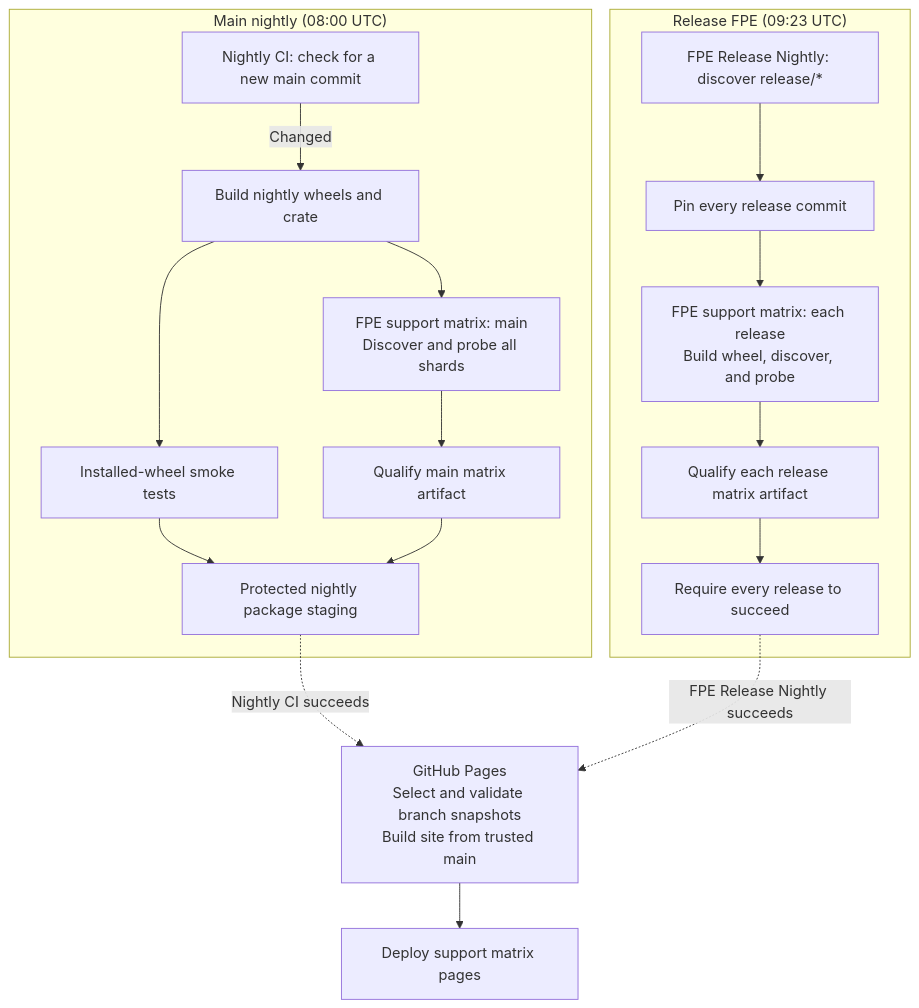
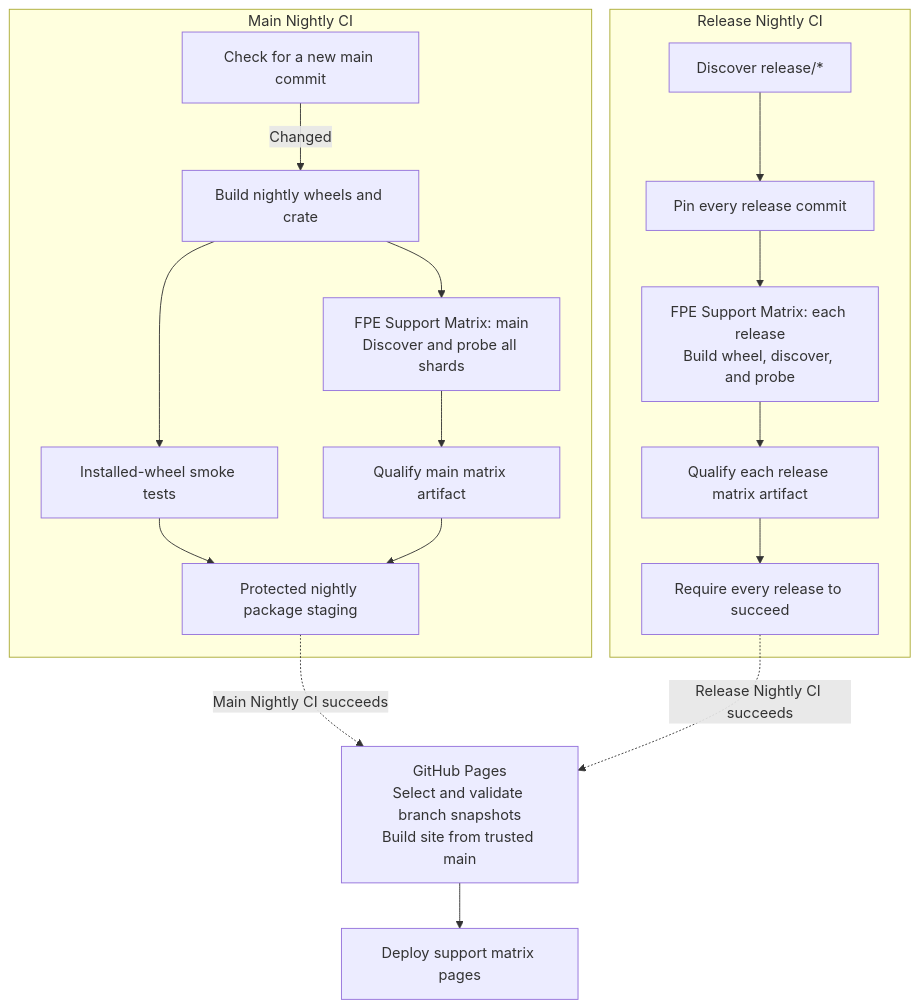
One commit to ai-dynamo/aisimulate changed the second of 2 diagrams in docs/ci.md. Above: the diagram before and after it, drawn with Mermaid. The commit also changed other lines of this file and 8 other files, not shown here.

Commit message:
ci: align main and release nightly workflow names

````diff
--- a/docs/ci.md
+++ b/docs/ci.md
@@ -63,22 +63,22 @@
 ```mermaid
 flowchart TD
-    subgraph MainNightly["Main nightly (08:00 UTC)"]
-        MainGuard["Nightly CI: check for a new main commit"] -->|Changed| Build["Build nightly wheels and crate"]
+    subgraph MainNightly["Main Nightly CI"]
+        MainGuard["Check for a new main commit"] -->|Changed| Build["Build nightly wheels and crate"]
         Build --> Smoke["Installed-wheel smoke tests"]
-        Build --> MainFPE["FPE support matrix: main<br/>Discover and probe all shards"]
+        Build --> MainFPE["FPE Support Matrix: main<br/>Discover and probe all shards"]
         MainFPE --> MainQualified["Qualify main matrix artifact"]
         Smoke --> NightlyStage["Protected nightly package staging"]
         MainQualified --> NightlyStage
     end
 
-    subgraph ReleaseNightly["Release FPE (09:23 UTC)"]
-        Discover["FPE Release Nightly: discover release/*"] --> Pin["Pin every release commit"]
-        Pin --> PerRelease["FPE support matrix: each release<br/>Build wheel, discover, and probe"]
+    subgraph ReleaseNightly["Release Nightly CI"]
+        Discover["Discover release/*"] --> Pin["Pin every release commit"]
+        Pin --> PerRelease["FPE Support Matrix: each release<br/>Build wheel, discover, and probe"]
         PerRelease --> ReleaseQualified["Qualify each release matrix artifact"]
         ReleaseQualified --> AllReleases["Require every release to succeed"]
     end
 
-    NightlyStage -.->|Nightly CI succeeds| Pages["GitHub Pages<br/>Select and validate branch snapshots<br/>Build site from trusted main"]
-    AllReleases -.->|FPE Release Nightly succeeds| Pages
+    NightlyStage -.->|Main Nightly CI succeeds| Pages["GitHub Pages<br/>Select and validate branch snapshots<br/>Build site from trusted main"]
+    AllReleases -.->|Release Nightly CI succeeds| Pages
     Pages --> Deploy["Deploy support matrix pages"]
 ```
````
